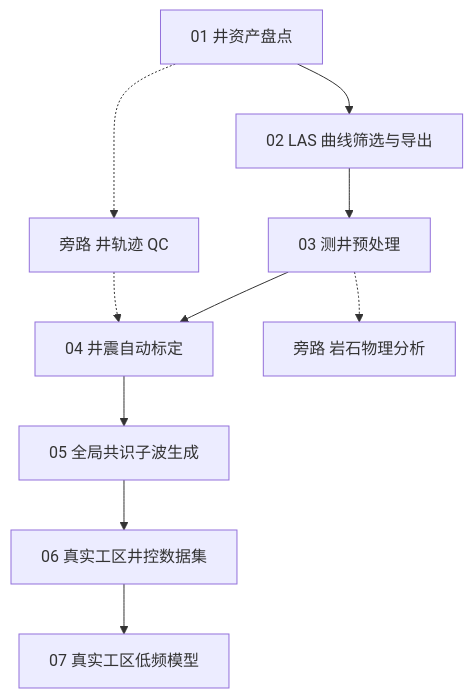
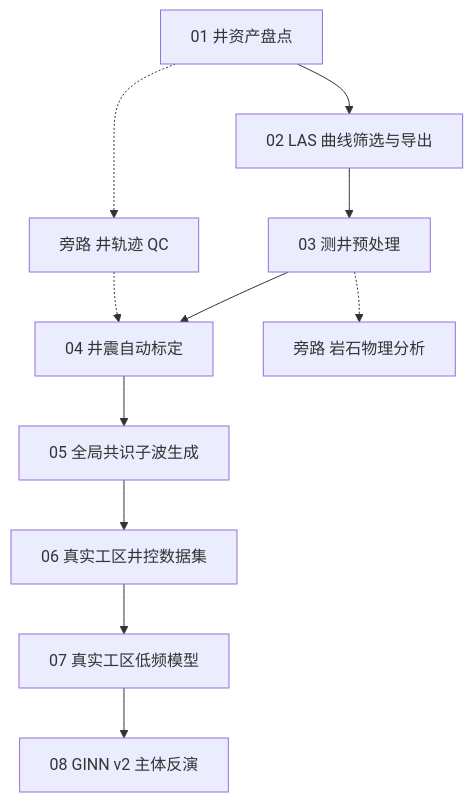
One commit to oimero/inversion_workflow changed the diagram in docs/index.md. Above: the diagram before and after it, drawn with Mermaid. The commit also changed other lines of this file and 16 other files, not shown here.

````diff
--- a/docs/index.md
+++ b/docs/index.md
@@ -3,10 +3,10 @@
 ```mermaid
 flowchart TB
-    S1["01 井资产盘点"] --> S2["02 LAS 曲线筛选与导出"] --> S3["03 测井预处理"] --> S4["04 井震自动标定"] --> S5["05 全局共识子波生成"] --> S6["06 真实工区井控数据集"] --> S7["07 真实工区低频模型"]
+    S1["01 井资产盘点"] --> S2["02 LAS 曲线筛选与导出"] --> S3["03 测井预处理"] --> S4["04 井震自动标定"] --> S5["05 全局共识子波生成"] --> S6["06 真实工区井控数据集"] --> S7["07 真实工区低频模型"] --> S8["08 GINN v2 主体反演"]
 
     WT["旁路 井轨迹 QC"]
     S1 -.-> WT -.-> S4
 
     RP["旁路 岩石物理分析"]
     S3 -.-> RP
 ```
````
